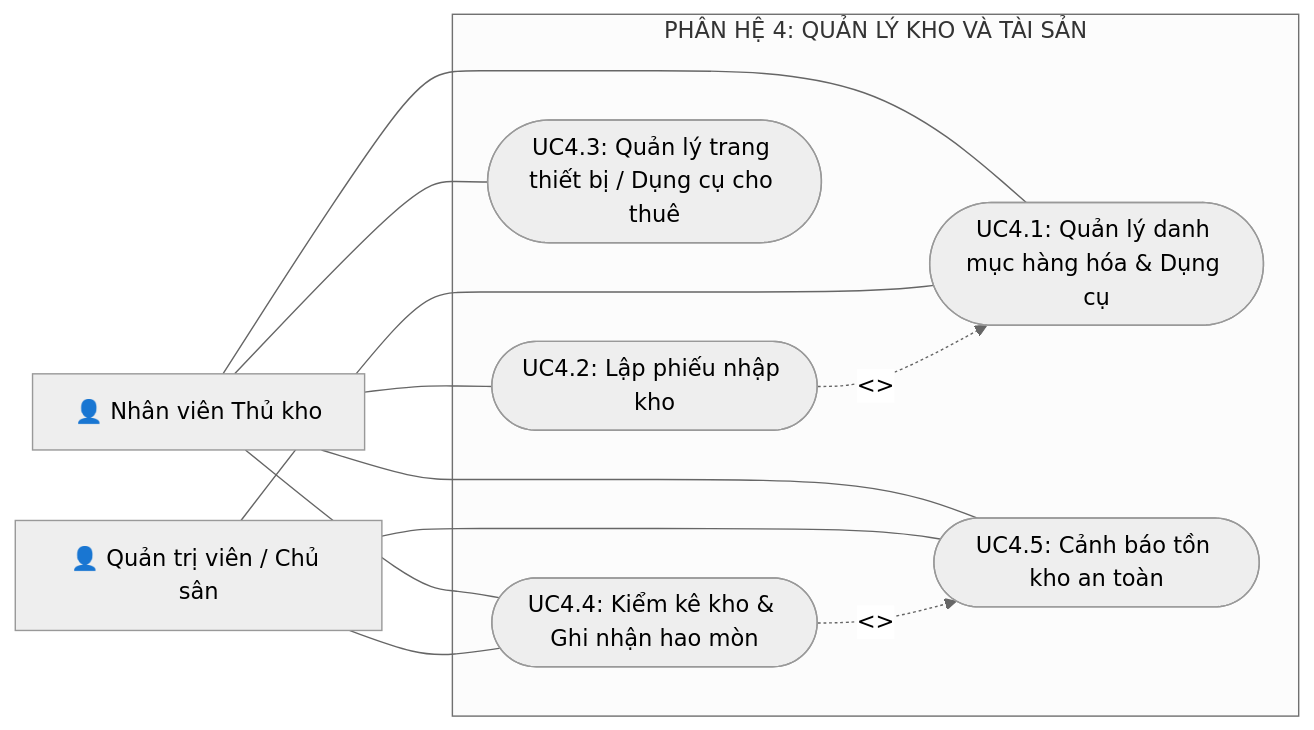
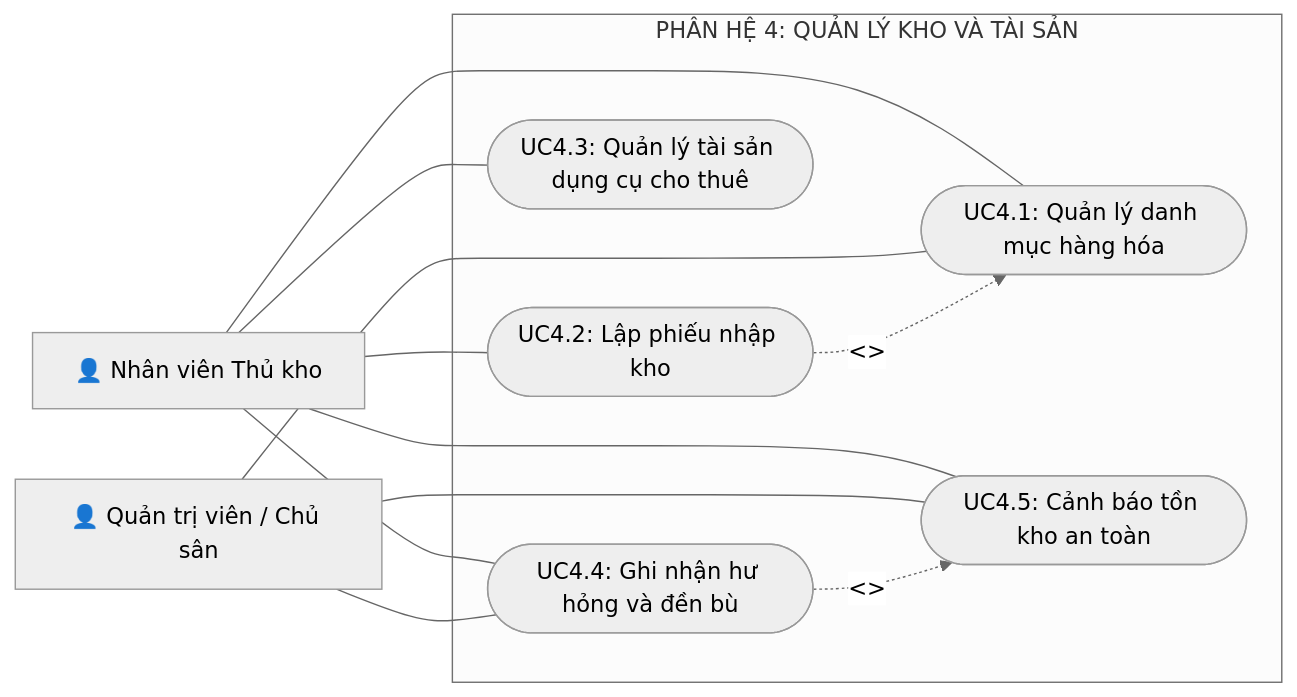
The sixth of 7 diagrams in BTH/BTH3_UsecaseDiagram/BTH3_UsecaseDiagram.md (nphat-code/DoAn-OOAD-SGU), drawn with Mermaid (neutral theme) before and after one commit. The commit also changed other lines of this file, not shown here.

````diff
--- a/BTH/BTH3_UsecaseDiagram/BTH3_UsecaseDiagram.md
+++ b/BTH/BTH3_UsecaseDiagram/BTH3_UsecaseDiagram.md
@@ -244,26 +244,26 @@
 ```mermaid
 flowchart LR
     WarehouseStaff["👤 Nhân viên Thủ kho"]
     Admin["👤 Quản trị viên / Chủ sân"]
 
     subgraph Subsystem4 ["PHÂN HỆ 4: QUẢN LÝ KHO VÀ TÀI SẢN"]
-        UC41(["UC4.1: Quản lý danh mục hàng hóa & Dụng cụ"])
+        UC41(["UC4.1: Quản lý danh mục hàng hóa"])
         UC42(["UC4.2: Lập phiếu nhập kho"])
-        UC43(["UC4.3: Quản lý trang thiết bị / Dụng cụ cho thuê"])
-        UC44(["UC4.4: Kiểm kê kho & Ghi nhận hao mòn"])
+        UC43(["UC4.3: Quản lý tài sản dụng cụ cho thuê"])
+        UC44(["UC4.4: Ghi nhận hư hỏng và đền bù"])
         UC45(["UC4.5: Cảnh báo tồn kho an toàn"])
     end
 
     WarehouseStaff --- UC41
     WarehouseStaff --- UC42
     WarehouseStaff --- UC43
     WarehouseStaff --- UC44
     WarehouseStaff --- UC45
 
     Admin --- UC41
     Admin --- UC44
     Admin --- UC45
 
     UC42 -.->|<<include>>| UC41
     UC44 -.->|<<extend>>| UC45
 ```
````
